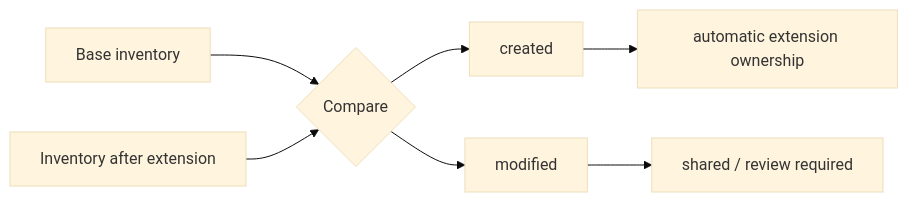
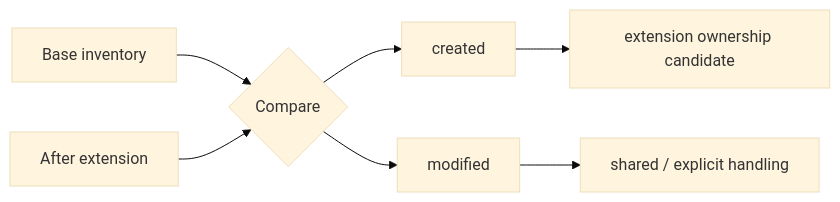
The third of 4 diagrams in admin/server-docs/library-extensions.md (adeccscholar/BuildEngine-Admin), drawn with Mermaid (base theme) before and after one commit. The commit also changed other lines of this file, not shown here.

Commit message:
Align extension documentation with current ownership contract

````diff
--- a/admin/server-docs/library-extensions.md
+++ b/admin/server-docs/library-extensions.md
@@ -224,9 +140,9 @@
 ```mermaid
 flowchart LR
-    BI[Base inventory] --> D{Compare}
-    EI[Inventory after extension] --> D
+    B[Base inventory] --> D{Compare}
+    A[After extension] --> D
     D --> C[created]
     D --> M[modified]
-    C --> O[automatic extension ownership]
-    M --> R[shared / review required]
+    C --> O[extension ownership candidate]
+    M --> S[shared / explicit handling]
 ```
````
